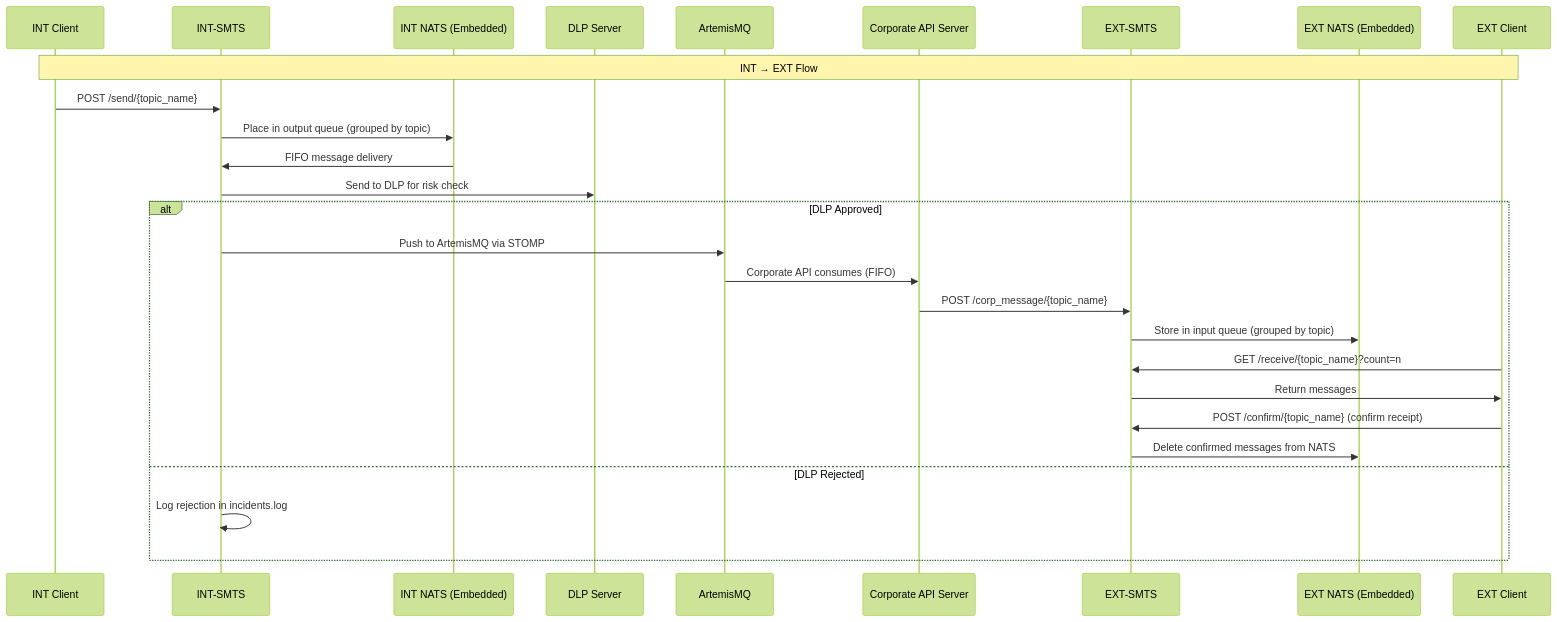
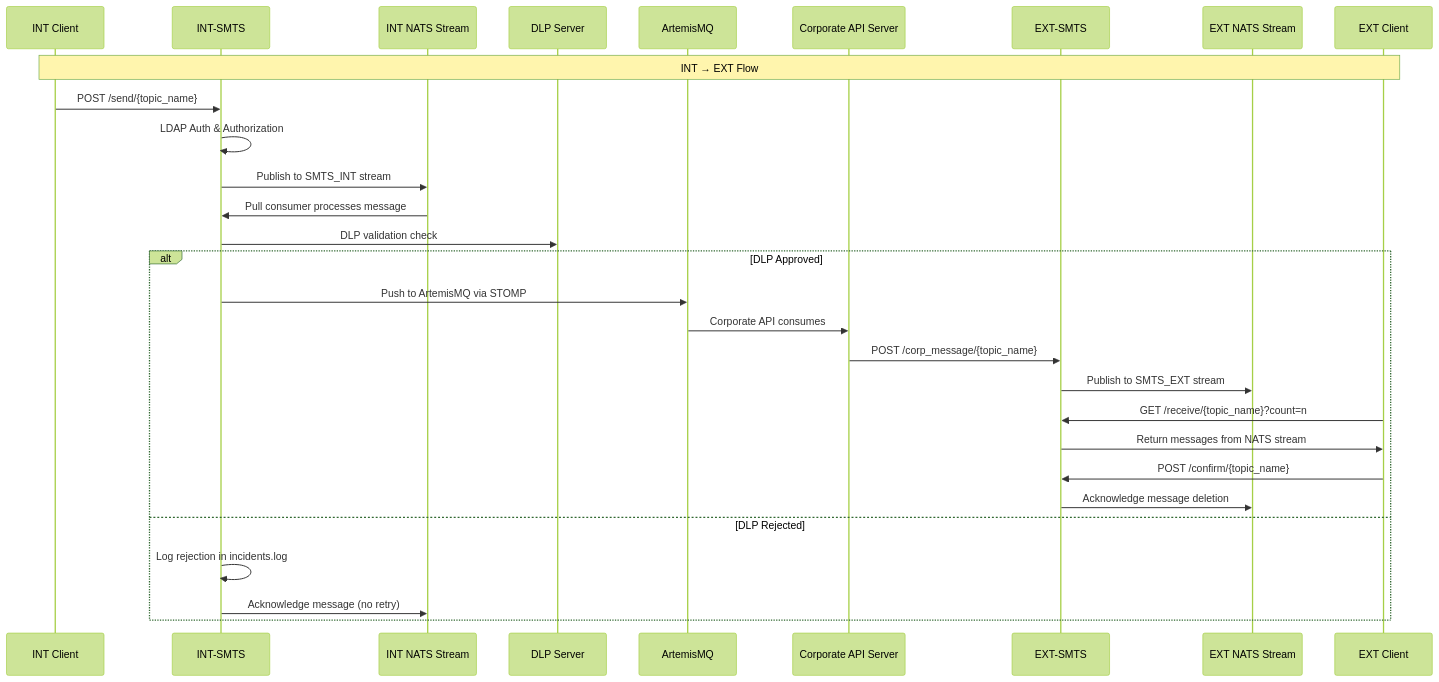
Before and after one commit to GusevVlad/smts: the second of 5 diagrams in README.md, drawn with Mermaid (forest theme). The commit also changed other lines of this file and 9 other files, not shown here.

````diff
--- a/README.md
+++ b/README.md
@@ -61,30 +62,32 @@
 ```mermaid
 sequenceDiagram
     participant IC as INT Client
     participant IS as INT-SMTS
-    participant IN as INT NATS (Embedded)
+    participant IN as INT NATS Stream
     participant DL as DLP Server
     participant AM as ArtemisMQ
     participant CA as Corporate API Server
     participant ES as EXT-SMTS
-    participant EN as EXT NATS (Embedded)
+    participant EN as EXT NATS Stream
     participant EC as EXT Client
 
     Note over IC,EC: INT → EXT Flow
     IC->>IS: POST /send/{topic_name}
-    IS->>IN: Place in output queue (grouped by topic)
-    IN->>IS: FIFO message delivery
-    IS->>DL: Send to DLP for risk check
+    IS->>IS: LDAP Auth & Authorization
+    IS->>IN: Publish to SMTS_INT stream
+    IN->>IS: Pull consumer processes message
+    IS->>DL: DLP validation check
     alt DLP Approved
         IS->>AM: Push to ArtemisMQ via STOMP
-        AM->>CA: Corporate API consumes (FIFO)
+        AM->>CA: Corporate API consumes
         CA->>ES: POST /corp_message/{topic_name}
-        ES->>EN: Store in input queue (grouped by topic)
+        ES->>EN: Publish to SMTS_EXT stream
         EC->>ES: GET /receive/{topic_name}?count=n
-        ES->>EC: Return messages
-        EC->>ES: POST /confirm/{topic_name} (confirm receipt)
-        ES->>EN: Delete confirmed messages from NATS
+        ES->>EC: Return messages from NATS stream
+        EC->>ES: POST /confirm/{topic_name}
+        ES->>EN: Acknowledge message deletion
     else DLP Rejected
         IS->>IS: Log rejection in incidents.log
+        IS->>IN: Acknowledge message (no retry)
     end
 ```
````
